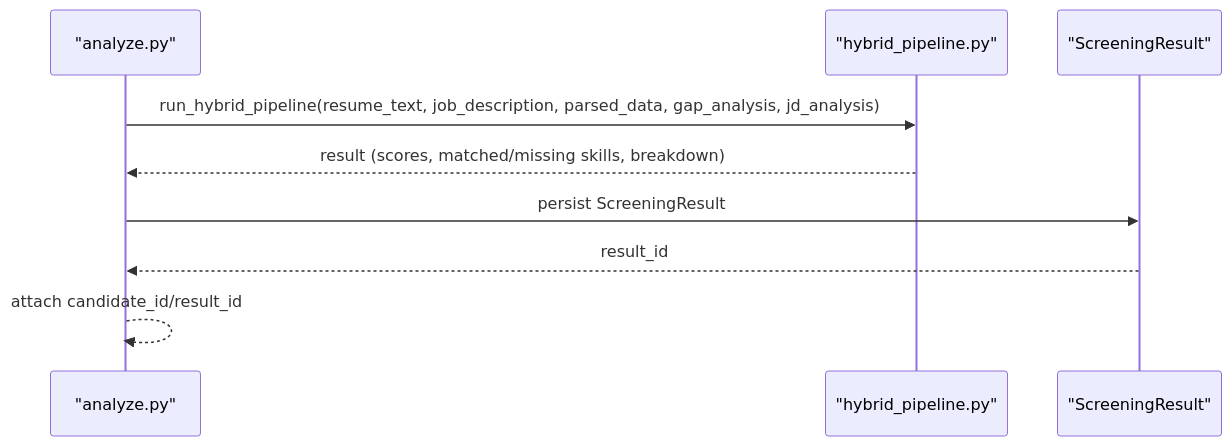
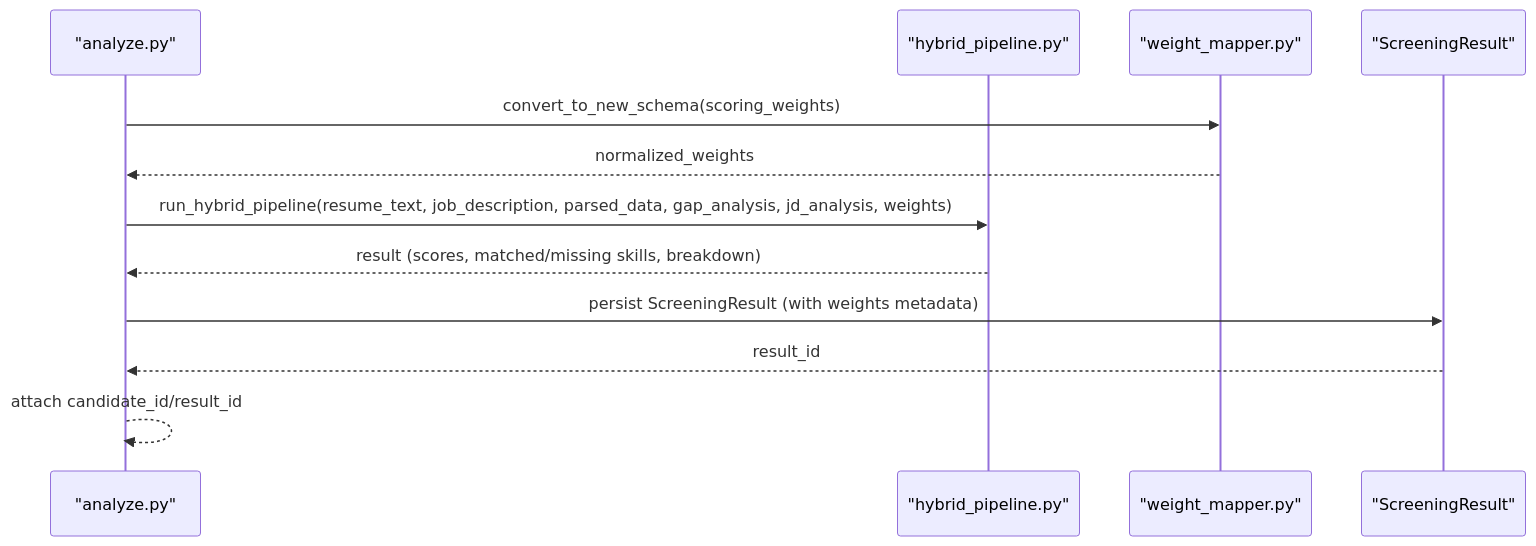
Before and after one commit to Revanththetalogics/aireume: the seventh of 11 diagrams in .qoder/repowiki/en/content/Candidate Management/Candidate Management.md, drawn with Mermaid. The commit also changed other lines of this file and 20 other files, not shown here.

First line of the commit message:
fix: persist complete report data to analysis_result for Candidates page

````diff
--- a/.qoder/repowiki/en/content/Candidate Management/Candidate Management.md
+++ b/.qoder/repowiki/en/content/Candidate Management/Candidate Management.md
@@ -246,11 +332,14 @@
 ```mermaid
 sequenceDiagram
 participant Route as "analyze.py"
 participant HP as "hybrid_pipeline.py"
+participant WM as "weight_mapper.py"
 participant SR as "ScreeningResult"
-Route->>HP : run_hybrid_pipeline(resume_text, job_description, parsed_data, gap_analysis, jd_analysis)
+Route->>WM : convert_to_new_schema(scoring_weights)
+WM-->>Route : normalized_weights
+Route->>HP : run_hybrid_pipeline(resume_text, job_description, parsed_data, gap_analysis, jd_analysis, weights)
 HP-->>Route : result (scores, matched/missing skills, breakdown)
-Route->>SR : persist ScreeningResult
+Route->>SR : persist ScreeningResult (with weights metadata)
 SR-->>Route : result_id
 Route-->>Route : attach candidate_id/result_id
 ```
````
